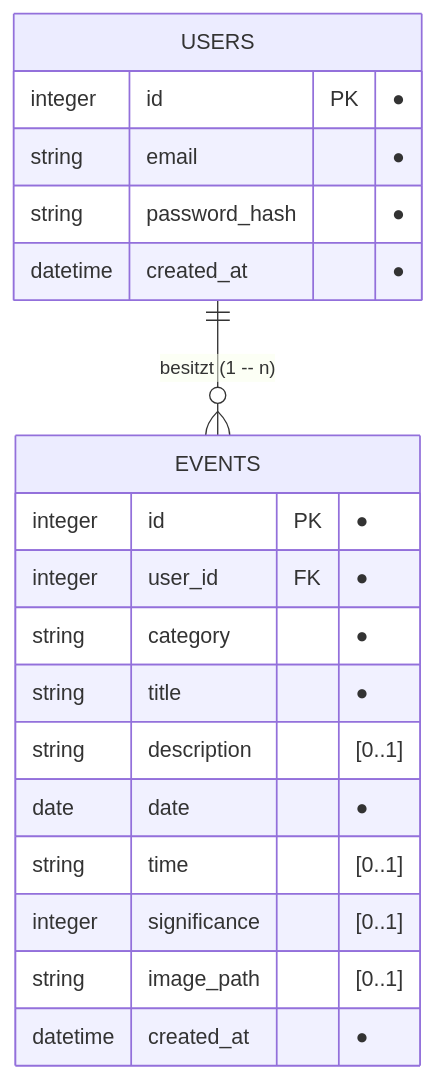
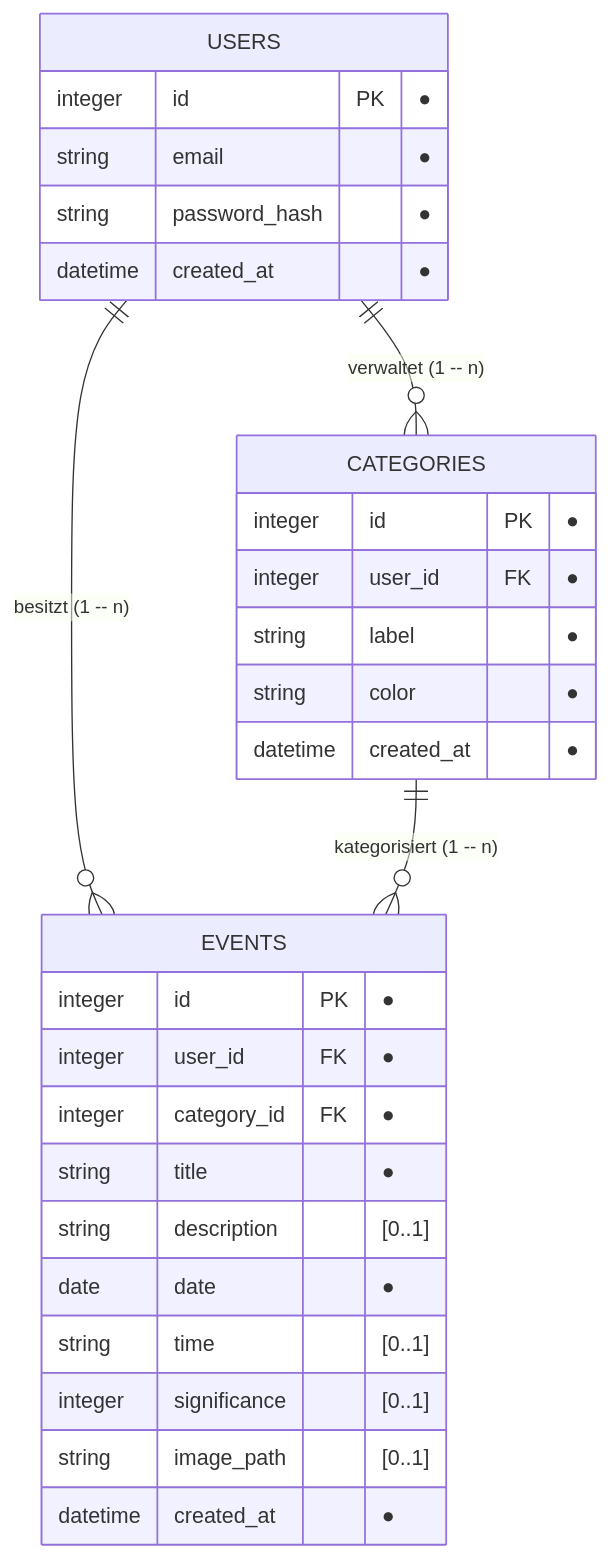
One commit to ksukh-ux/lifeline-project changed the diagram in docs/spec/D1-datenmodell.md. Above: the diagram before and after it, drawn with Mermaid. The commit also changed other lines of this file and 3 other files, not shown here.

````diff
--- a/docs/spec/D1-datenmodell.md
+++ b/docs/spec/D1-datenmodell.md
@@ -9,24 +9,34 @@
 ```mermaid
 erDiagram
+    USERS ||--o{ CATEGORIES : "verwaltet (1 -- n)"
     USERS ||--o{ EVENTS : "besitzt (1 -- n)"
+    CATEGORIES ||--o{ EVENTS : "kategorisiert (1 -- n)"
 
     USERS {
         integer id PK "●"
         string email "●"
         string password_hash "●"
         datetime created_at "●"
     }
 
+    CATEGORIES {
+        integer id PK "●"
+        integer user_id FK "●"
+        string label "●"
+        string color "●"
+        datetime created_at "●"
+    }
+
     EVENTS {
         integer id PK "●"
         integer user_id FK "●"
-        string category "●"
+        integer category_id FK "●"
         string title "●"
         string description "[0..1]"
         date date "●"
         string time "[0..1]"
         integer significance "[0..1]"
         string image_path "[0..1]"
         datetime created_at "●"
     }
 ```
````
